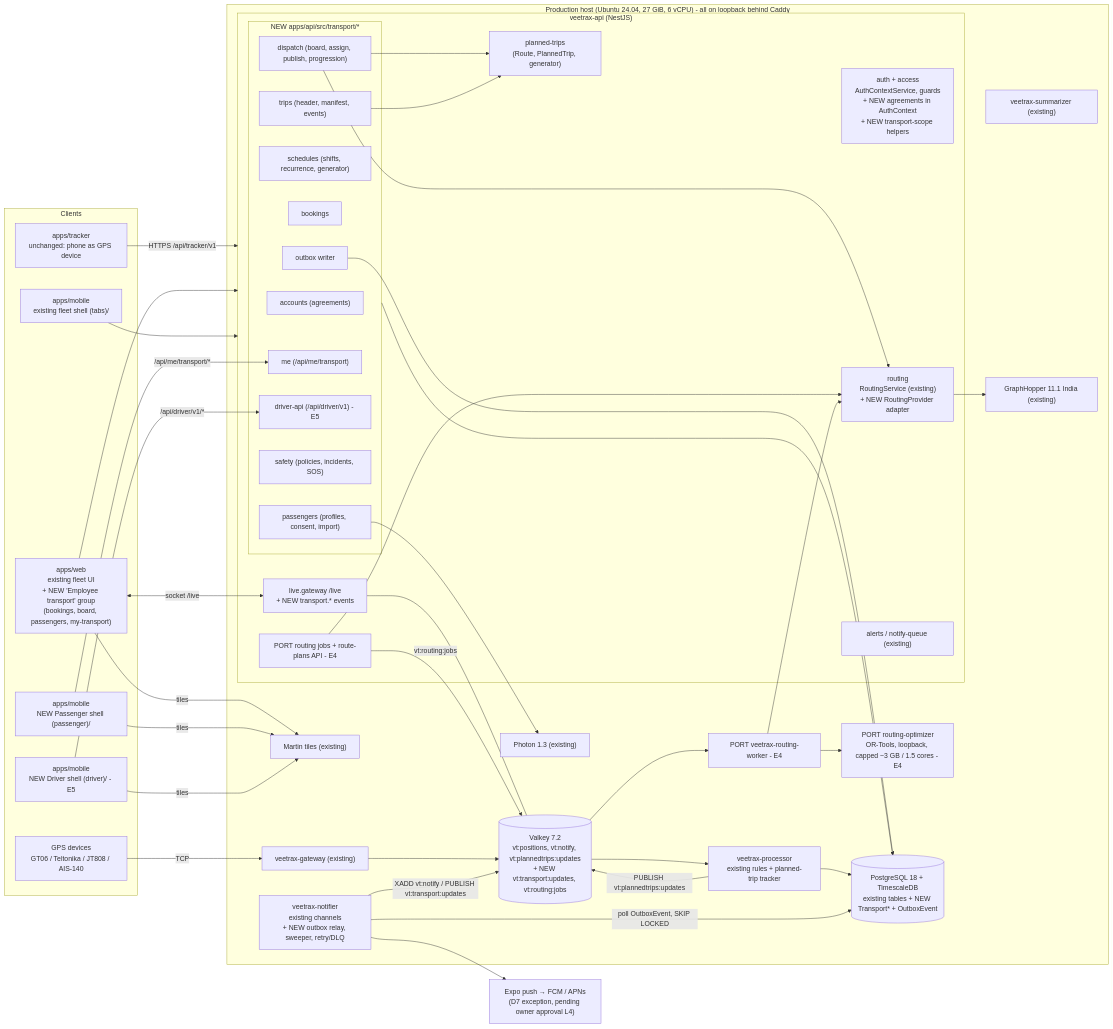
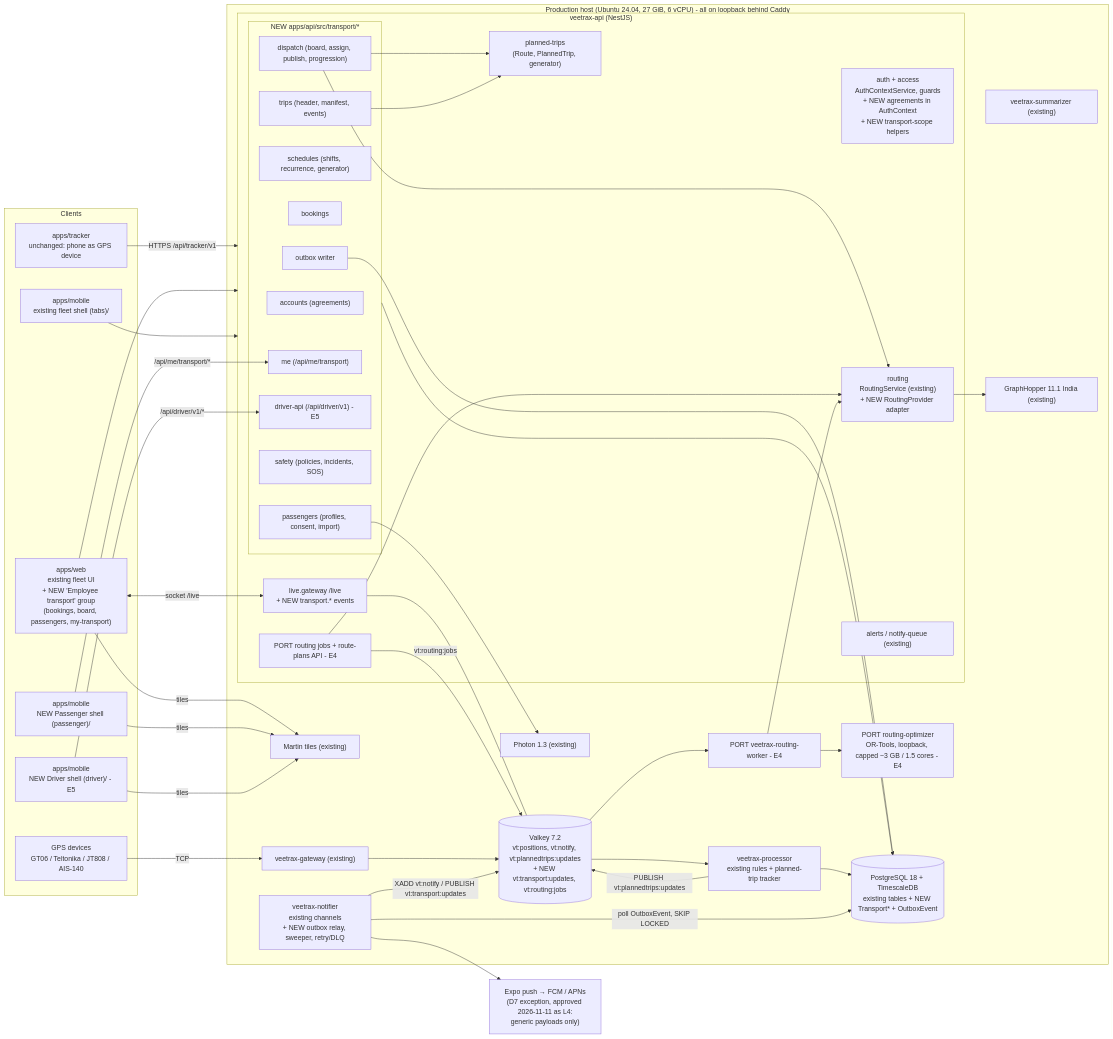
One commit to karthick5206/gps-app changed the first of 2 diagrams in docs/employee-transport/02-target-architecture.md. Above: the diagram before and after it, drawn with Mermaid. The commit also changed other lines of this file and 18 other files, not shown here.

````diff
--- a/docs/employee-transport/02-target-architecture.md
+++ b/docs/employee-transport/02-target-architecture.md
@@ -55,69 +65,69 @@
 ```mermaid
 flowchart LR
   subgraph Clients
     WEB["apps/web<br/>existing fleet UI<br/>+ NEW 'Employee transport' group<br/>(bookings, board, passengers, my-transport)"]
     MOB_P["apps/mobile<br/>NEW Passenger shell (passenger)/"]
     MOB_D["apps/mobile<br/>NEW Driver shell (driver)/ - E5"]
     MOB_F["apps/mobile<br/>existing fleet shell (tabs)/"]
     TRK["apps/tracker<br/>unchanged: phone as GPS device"]
     DEV["GPS devices<br/>GT06 / Teltonika / JT808 / AIS-140"]
   end
 
   subgraph Host["Production host (Ubuntu 24.04, 27 GiB, 6 vCPU) - all on loopback behind Caddy"]
     subgraph API["veetrax-api (NestJS)"]
       AUTH["auth + access<br/>AuthContextService, guards<br/>+ NEW agreements in AuthContext<br/>+ NEW transport-scope helpers"]
       LIVE["live.gateway /live<br/>+ NEW transport.* events"]
       PT["planned-trips<br/>(Route, PlannedTrip, generator)"]
       subgraph ETMS["NEW apps/api/src/transport/*"]
         ACC["accounts (agreements)"]
         PAX["passengers (profiles, consent, import)"]
         SCH["schedules (shifts, recurrence, generator)"]
         BKG["bookings"]
         DSP["dispatch (board, assign, publish, progression)"]
         TRP["trips (header, manifest, events)"]
         ME["me (/api/me/transport)"]
         DRV["driver-api (/api/driver/v1) - E5"]
         SAF["safety (policies, incidents, SOS)"]
         OBX["outbox writer"]
       end
       RP["routing<br/>RoutingService (existing)<br/>+ NEW RoutingProvider adapter"]
       RJ["PORT routing jobs + route-plans API - E4"]
       NQ["alerts / notify-queue (existing)"]
     end
     GWY["veetrax-gateway (existing)"]
     PROC["veetrax-processor<br/>existing rules + planned-trip tracker"]
     NOTI["veetrax-notifier<br/>existing channels<br/>+ NEW outbox relay, sweeper, retry/DLQ"]
     SUMM["veetrax-summarizer (existing)"]
     RW["PORT veetrax-routing-worker - E4"]
     OPT["PORT routing-optimizer<br/>OR-Tools, loopback, capped ~3 GB / 1.5 cores - E4"]
     GH["GraphHopper 11.1 India (existing)"]
     PH["Photon 1.3 (existing)"]
     MT["Martin tiles (existing)"]
     PG[("PostgreSQL 18 + TimescaleDB<br/>existing tables + NEW Transport* + OutboxEvent")]
     VK[("Valkey 7.2<br/>vt:positions, vt:notify, vt:plannedtrips:updates<br/>+ NEW vt:transport:updates, vt:routing:jobs")]
   end
 
-  EXPO["Expo push → FCM / APNs<br/>(D7 exception, pending owner approval L4)"]
+  EXPO["Expo push → FCM / APNs<br/>(D7 exception, approved 2026-11-11 as L4:<br/>generic payloads only)"]
 
   DEV -->|TCP| GWY --> VK
   TRK -->|HTTPS /api/tracker/v1| API
   VK --> PROC --> PG
   PROC -->|PUBLISH vt:plannedtrips:updates| VK
   WEB & MOB_F --> API
   MOB_P -->|/api/me/transport/*| ME
   MOB_D -->|/api/driver/v1/*| DRV
   WEB <-->|socket /live| LIVE
   LIVE --- VK
   ETMS --> PG
   OBX --> PG
   NOTI -->|poll OutboxEvent, SKIP LOCKED| PG
   NOTI -->|XADD vt:notify / PUBLISH vt:transport:updates| VK
   NOTI --> EXPO
   DSP --> PT
   TRP --> PT
   DSP & RJ --> RP --> GH
   PAX --> PH
   RJ -->|vt:routing:jobs| VK --> RW --> OPT
   RW --> RP
   WEB & MOB_P & MOB_D -->|tiles| MT
 ```
````
